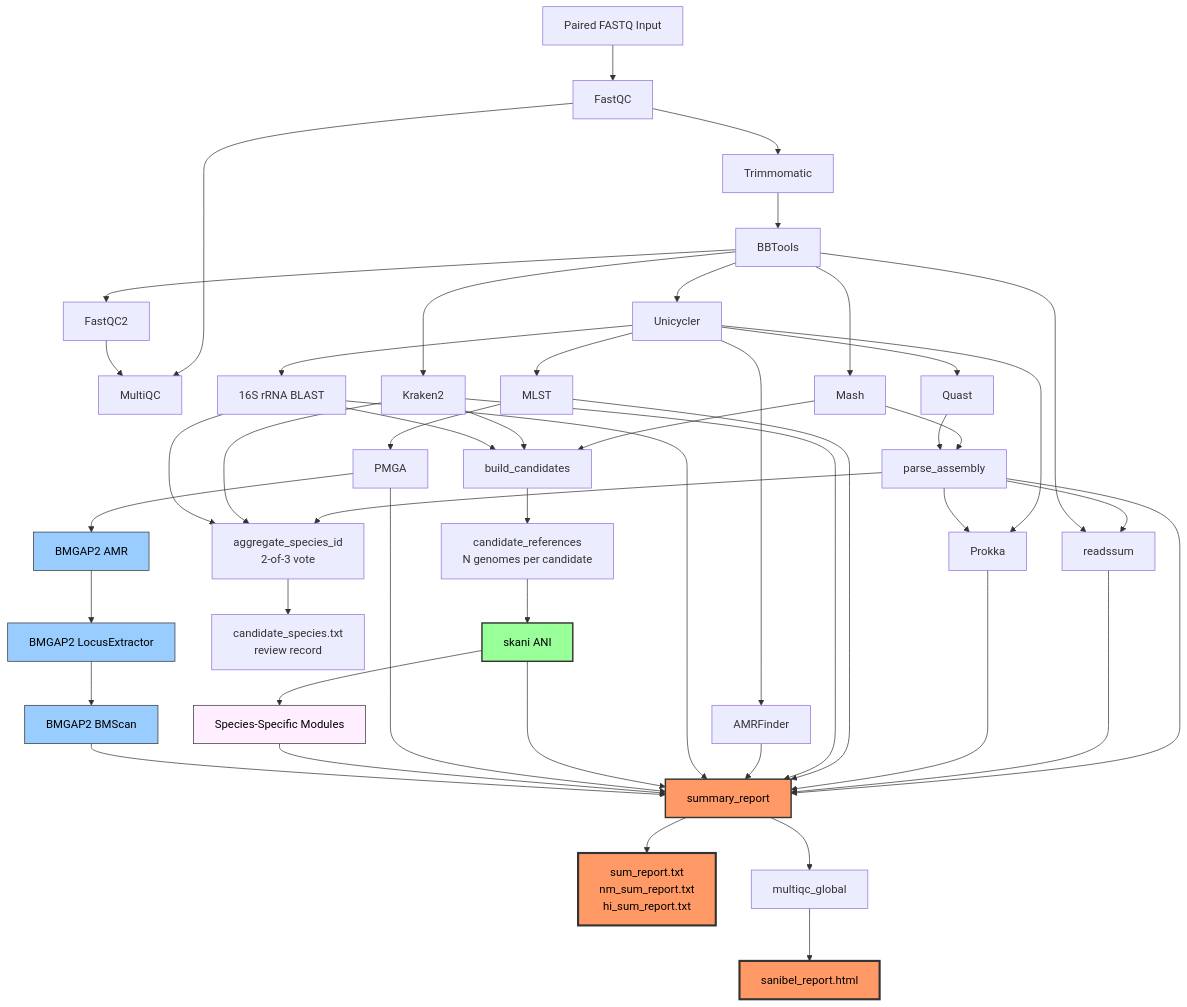
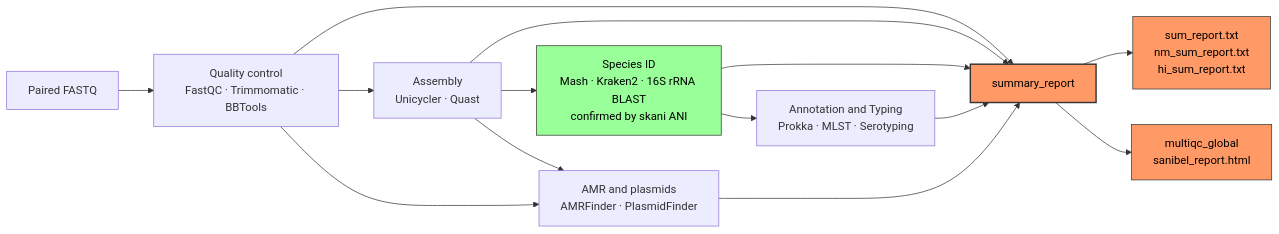
One commit to BPHL-Molecular/Sanibel changed the diagram in README.md. Above: the diagram before and after it, drawn with Mermaid. The commit also changed other lines of this file and 1 other file, not shown here.

Commit message:
Simplify README workflow diagram, write summary reports as UTF-8 with BOM

````diff
--- a/README.md
+++ b/README.md
@@ -118,67 +118,24 @@
 ```mermaid
-flowchart TD
-    A[Paired FASTQ Input] --> B[FastQC]
-    B --> C[Trimmomatic]
-    C --> D[BBTools]
-    D --> E[FastQC2]
-    B --> F[MultiQC]
-    E --> F
+flowchart LR
+    IN[Paired FASTQ] --> QC["Quality control<br/>FastQC · Trimmomatic · BBTools"]
+    QC --> ASM["Assembly<br/>Unicycler · Quast"]
+    ASM --> SID["Species ID<br/>Mash · Kraken2 · 16S rRNA BLAST<br/>confirmed by skani ANI"]
+    SID --> TYP["Annotation and Typing<br/>Prokka · MLST · Serotyping"]
 
-    D --> G[Mash]
-    D --> H[Unicycler]
-    D --> I[Kraken2]
+    ASM --> AMR["AMR and plasmids<br/>AMRFinder · PlasmidFinder"]
+    QC --> AMR
 
-    H --> J[Quast]
-    H --> K[AMRFinder]
-    H --> L[MLST]
-    H --> M[Prokka]
-    H --> W[16S rRNA BLAST]
+    QC --> REP[summary_report]
+    ASM --> REP
+    SID --> REP
+    TYP --> REP
+    AMR --> REP
 
-    G --> O[parse_assembly]
-    J --> O
-    O --> M
-    O --> P[readssum]
-    D --> P
+    REP --> OUT["sum_report.txt<br/>nm_sum_report.txt<br/>hi_sum_report.txt"]
+    REP --> MQ["multiqc_global<br/>sanibel_report.html"]
 
-    %% Species ID: candidate pool to multi-reference skani ANI
-    G --> CP[build_candidates]
-    I --> CP
-    W --> CP
-    CP --> RR[candidate_references<br/>N genomes per candidate]
-    RR --> SK[skani ANI]
-
-    O --> AG[aggregate_species_id<br/>2-of-3 vote]
-    I --> AG
-    W --> AG
-    AG --> AGO[candidate_species.txt<br/>review record]
-
-    SK --> SP[Species-Specific Modules]
-    L --> NM[PMGA]
-    NM --> S[BMGAP2 AMR]
-    S --> T[BMGAP2 LocusExtractor]
-    T --> U[BMGAP2 BMScan]
-
-    O --> X[summary_report]
-    P --> X
-    M --> X
-    L --> X
-    I --> X
-    K --> X
-    W --> X
-    SK --> X
-    NM --> X
-    SP --> X
-    U --> X
-
-    X --> Y[sum_report.txt<br/>nm_sum_report.txt<br/>hi_sum_report.txt]
-    X --> MG[multiqc_global] --> IR[sanibel_report.html]
-
-    style SP fill:#fef,stroke:#333,color:#000
-    style SK fill:#9f9,stroke:#333,stroke-width:2px,color:#000
-    style S fill:#9cf,stroke:#333,color:#000
-    style T fill:#9cf,stroke:#333,color:#000
-    style U fill:#9cf,stroke:#333,color:#000
-    style X fill:#f96,stroke:#333,stroke-width:2px,color:#000
-    style Y fill:#f96,stroke:#333,stroke-width:3px,color:#000
-    style IR fill:#f96,stroke:#333,stroke-width:3px,color:#000
+    style SID fill:#9f9,stroke:#333,color:#000
+    style REP fill:#f96,stroke:#333,stroke-width:2px,color:#000
+    style OUT fill:#f96,stroke:#333,color:#000
+    style MQ fill:#f96,stroke:#333,color:#000
 ```
````
